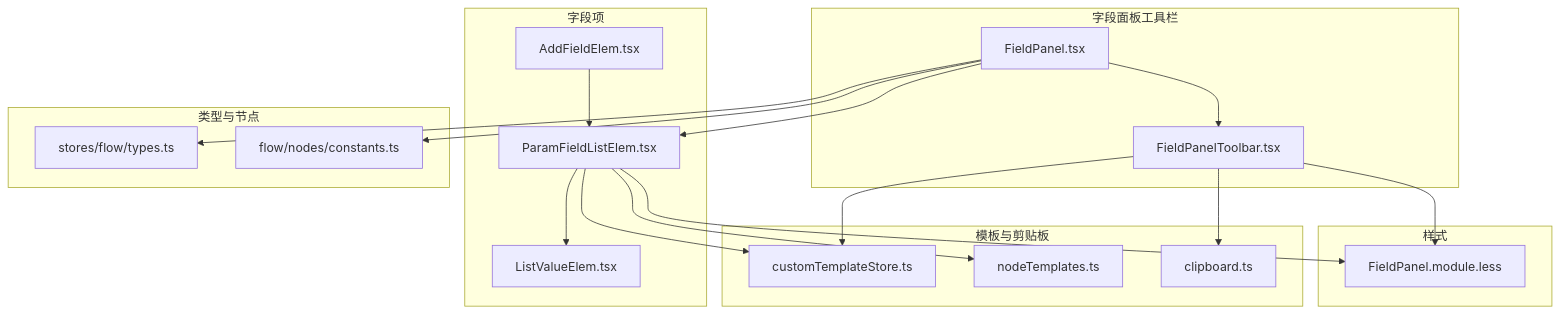
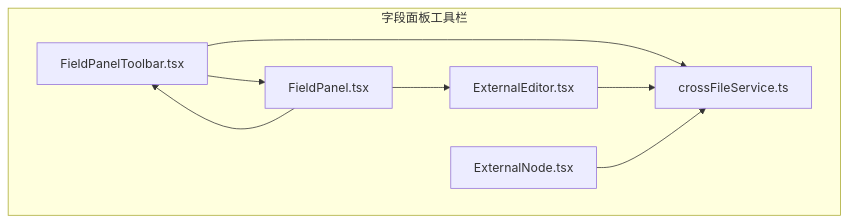
Before and after one commit to kqcoxn/MaaPipelineEditor: the first of 6 diagrams in .qoder/repowiki/zh/content/核心概念/字段面板工具栏.md, drawn with Mermaid. The commit also changed other lines of this file and 6 other files, not shown here.

````diff
--- a/.qoder/repowiki/zh/content/核心概念/字段面板工具栏.md
+++ b/.qoder/repowiki/zh/content/核心概念/字段面板工具栏.md
@@ -49,36 +39,16 @@
 ```mermaid
 graph TB
 subgraph "字段面板工具栏"
 FPT["FieldPanelToolbar.tsx"]
 FP["FieldPanel.tsx"]
-end
-subgraph "字段项"
-PFL["ParamFieldListElem.tsx"]
-AFE["AddFieldElem.tsx"]
-LVE["ListValueElem.tsx"]
-end
-subgraph "类型与节点"
-TYP["stores/flow/types.ts"]
-NCONST["flow/nodes/constants.ts"]
-end
-subgraph "模板与剪贴板"
-CTS["customTemplateStore.ts"]
-NT["nodeTemplates.ts"]
-CLP["clipboard.ts"]
-end
-subgraph "样式"
-FPM["FieldPanel.module.less"]
+END["ExternalEditor.tsx"]
+CFS["crossFileService.ts"]
+EN["ExternalNode.tsx"]
 end
 FP --> FPT
-FP --> PFL
-PFL --> LVE
-AFE --> PFL
-FPT --> CTS
-FPT --> CLP
-PFL --> CTS
-PFL --> NT
-FP --> TYP
-FP --> NCONST
-FPT --> FPM
-PFL --> FPM
+FP --> END
+FPT --> CFS
+END --> CFS
+EN --> CFS
+FPT --> FP
 ```
````
